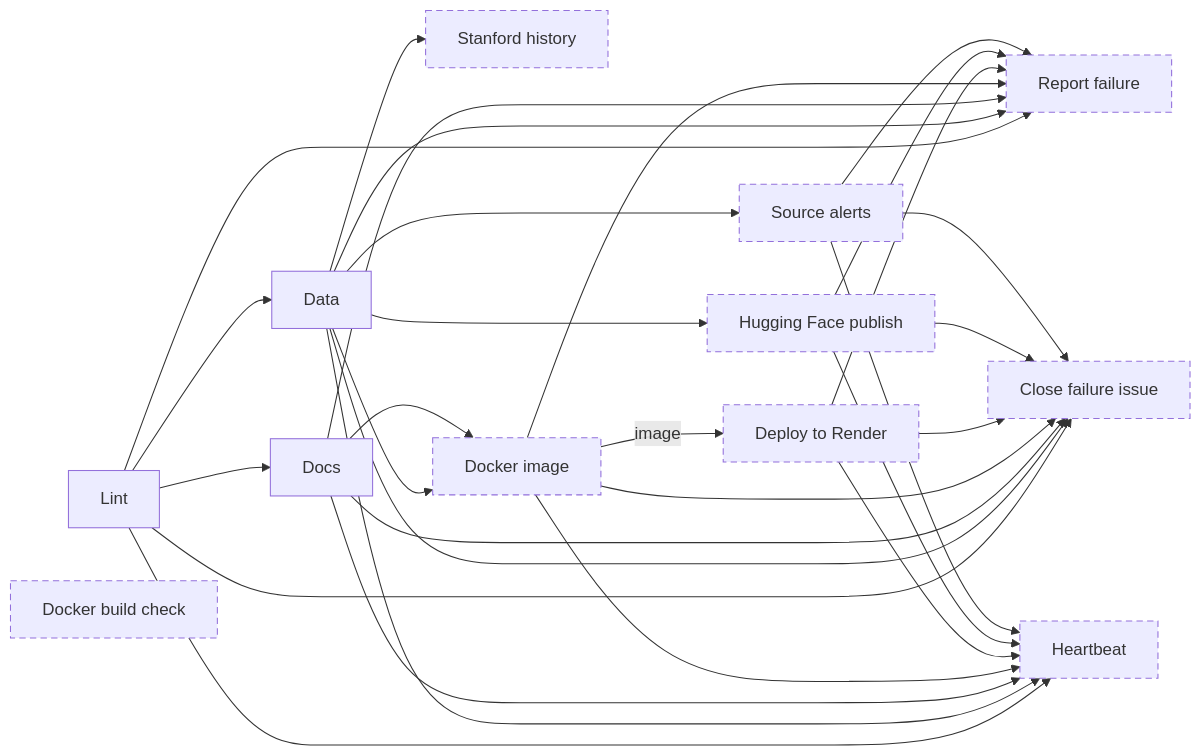
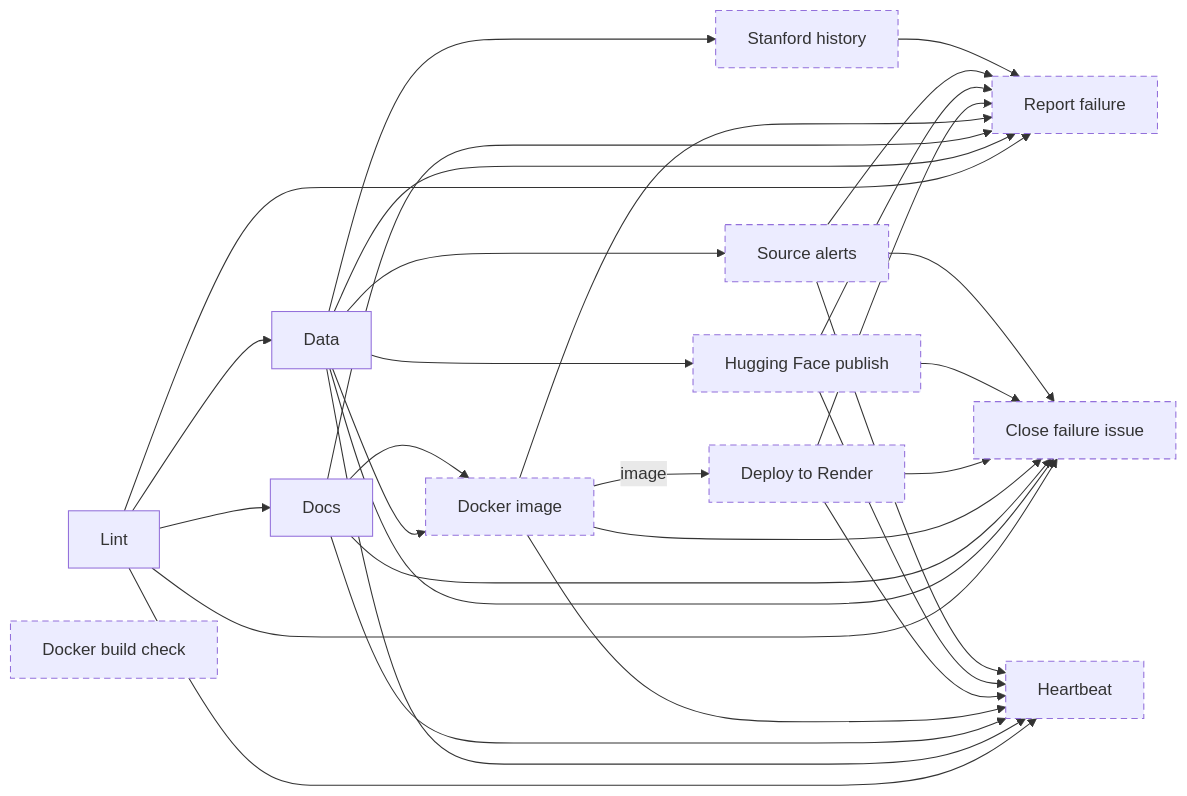
One commit to tryph0n/hybrid-tracker changed the second of 3 diagrams in docs/architecture.md. Above: the diagram before and after it, drawn with Mermaid. The commit also changed 6 other files, not shown here.

````diff
--- a/docs/architecture.md
+++ b/docs/architecture.md
@@ -61,45 +61,46 @@
 ```mermaid
 flowchart LR
   classDef conditional stroke-dasharray: 6 4
   job_lint["Lint"]
   job_history["Stanford history"]:::conditional
   job_data["Data"]
   job_docs["Docs"]
   job_image_check["Docker build check"]:::conditional
   job_image["Docker image"]:::conditional
   job_deploy["Deploy to Render"]:::conditional
   job_publish["Hugging Face publish"]:::conditional
   job_report_failure["Report failure"]:::conditional
   job_source_alerts["Source alerts"]:::conditional
   job_close_failure["Close failure issue"]:::conditional
   job_heartbeat["Heartbeat"]:::conditional
   job_data --> job_history
   job_lint --> job_data
   job_lint --> job_docs
   job_data --> job_image
   job_docs --> job_image
   job_image -->|image| job_deploy
   job_data --> job_publish
   job_lint --> job_report_failure
   job_data --> job_report_failure
   job_docs --> job_report_failure
   job_image --> job_report_failure
   job_deploy --> job_report_failure
   job_publish --> job_report_failure
   job_source_alerts --> job_report_failure
+  job_history --> job_report_failure
   job_data --> job_source_alerts
   job_lint --> job_close_failure
   job_data --> job_close_failure
   job_docs --> job_close_failure
   job_image --> job_close_failure
   job_deploy --> job_close_failure
   job_publish --> job_close_failure
   job_source_alerts --> job_close_failure
   job_lint --> job_heartbeat
   job_data --> job_heartbeat
   job_docs --> job_heartbeat
   job_image --> job_heartbeat
   job_deploy --> job_heartbeat
   job_publish --> job_heartbeat
   job_source_alerts --> job_heartbeat
 ```
````
